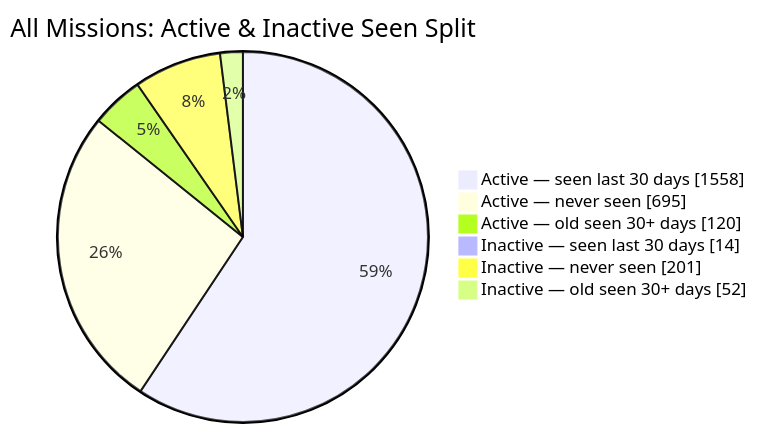
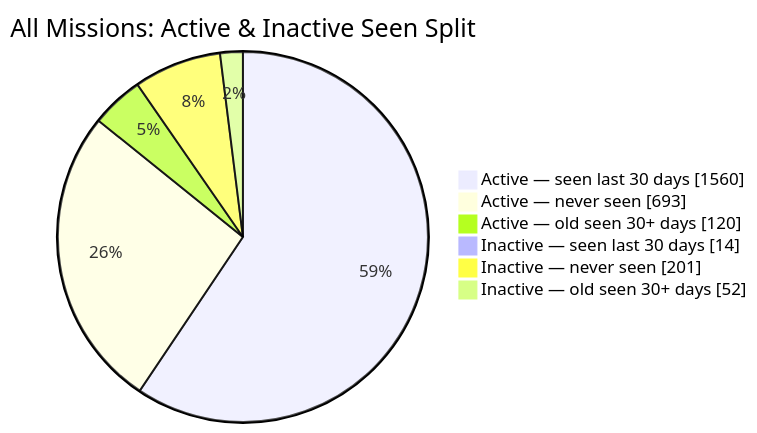
Before and after one commit to MeldkamerspelGameTeam/active-missions: the second of 2 diagrams in README.md, drawn with Mermaid. The commit also changed other lines of this file and 2 other files, not shown here.

````diff
--- a/README.md
+++ b/README.md
@@ -44,10 +44,10 @@
 ```mermaid
 pie showData
     title All Missions: Active & Inactive Seen Split
-    "Active — seen last 30 days" : 1558
-    "Active — never seen" : 695
+    "Active — seen last 30 days" : 1560
+    "Active — never seen" : 693
     "Active — old seen 30+ days" : 120
     "Inactive — seen last 30 days" : 14
     "Inactive — never seen" : 201
     "Inactive — old seen 30+ days" : 52
 ```
````
